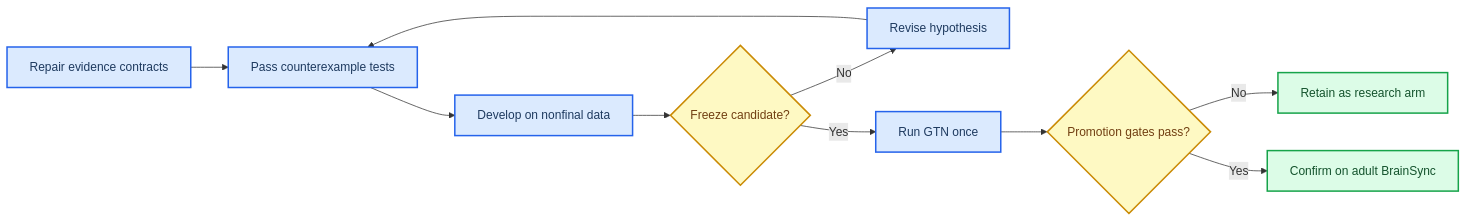
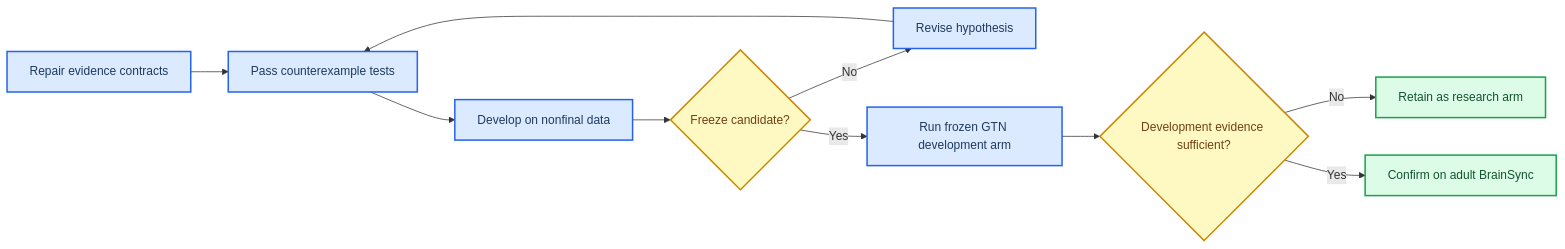
The diagram in doc/deep_model_research_directions_20260828.zh.md (chentttggg/n2p3net), drawn with Mermaid before and after one commit. The commit also changed other lines of this file and 93 other files, not shown here.

Commit message:
research: integrate causal transfer and decision evidence pipeline

````diff
--- a/doc/deep_model_research_directions_20260828.zh.md
+++ b/doc/deep_model_research_directions_20260828.zh.md
@@ -338,22 +334,22 @@
 ```mermaid
 flowchart LR
     accTitle: GTN evidence promotion flow
-    accDescr: Research candidates move from contract repair and nonfinal development data to one frozen GTN confirmation, with failures returning to hypothesis revision.
+    accDescr: Research candidates are tested on GTN only as development evidence, then frozen before confirmation on new adult target-switch decisions.
 
     repair[Repair evidence contracts] --> countertests[Pass counterexample tests]
     countertests --> develop[Develop on nonfinal data]
     develop --> freeze{Freeze candidate?}
     freeze -->|No| revise[Revise hypothesis]
     revise --> countertests
-    freeze -->|Yes| gtn[Run GTN once]
-    gtn --> gate{Promotion gates pass?}
+    freeze -->|Yes| gtn[Run frozen GTN development arm]
+    gtn --> gate{Development evidence sufficient?}
     gate -->|No| retain[Retain as research arm]
     gate -->|Yes| prospective[Confirm on adult BrainSync]
 
     classDef process fill:#dbeafe,stroke:#2563eb,stroke-width:2px,color:#1e3a5f
     classDef decision fill:#fef9c3,stroke:#ca8a04,stroke-width:2px,color:#713f12
     classDef terminal fill:#dcfce7,stroke:#16a34a,stroke-width:2px,color:#14532d
     class repair,countertests,develop,revise,gtn process
     class freeze,gate decision
     class retain,prospective terminal
 ```
````
